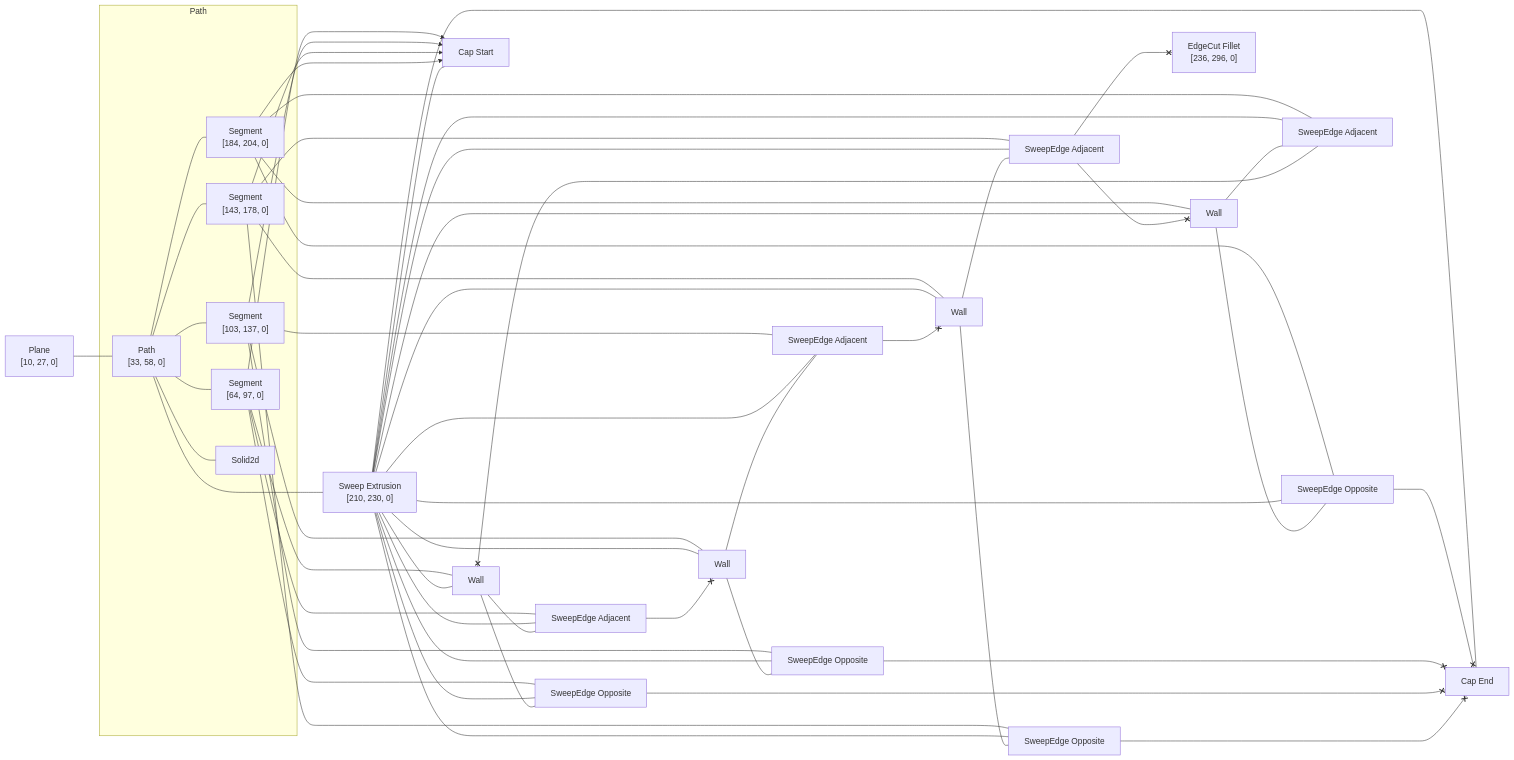
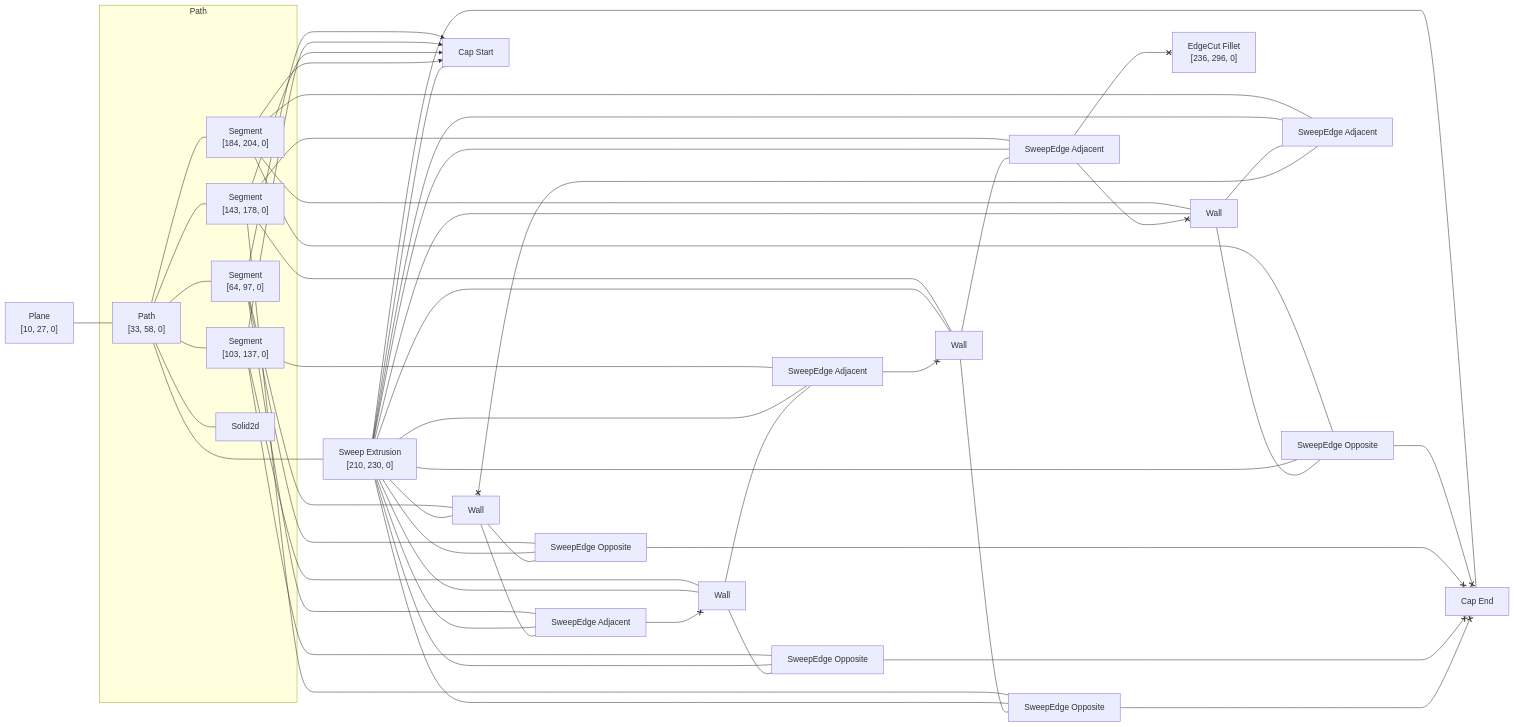
The diagram in rust/kcl-lib/tests/basic_fillet_cube_previous_adjacent/artifact_graph_flowchart.snap.md (rajgandhi1/modeling-app), drawn with Mermaid before and after one commit. The commit also changed 110 other files, not shown here.

````diff
--- a/rust/kcl-lib/tests/basic_fillet_cube_previous_adjacent/artifact_graph_flowchart.snap.md
+++ b/rust/kcl-lib/tests/basic_fillet_cube_previous_adjacent/artifact_graph_flowchart.snap.md
@@ -1,82 +1,82 @@
 ```mermaid
 flowchart LR
   subgraph path2 [Path]
     2["Path<br>[33, 58, 0]"]
     3["Segment<br>[64, 97, 0]"]
     4["Segment<br>[103, 137, 0]"]
     5["Segment<br>[143, 178, 0]"]
     6["Segment<br>[184, 204, 0]"]
     7[Solid2d]
   end
   1["Plane<br>[10, 27, 0]"]
   8["Sweep Extrusion<br>[210, 230, 0]"]
   9[Wall]
   10[Wall]
   11[Wall]
   12[Wall]
   13["Cap Start"]
   14["Cap End"]
   15["SweepEdge Opposite"]
   16["SweepEdge Opposite"]
   17["SweepEdge Opposite"]
   18["SweepEdge Opposite"]
   19["SweepEdge Adjacent"]
   20["SweepEdge Adjacent"]
   21["SweepEdge Adjacent"]
   22["SweepEdge Adjacent"]
   23["EdgeCut Fillet<br>[236, 296, 0]"]
   1 --- 2
   2 --- 3
   2 --- 4
   2 --- 5
   2 --- 6
   2 --- 7
   2 ---- 8
   3 --- 12
   3 x--> 13
-  3 --- 17
-  3 --- 21
+  3 --- 16
+  3 --- 22
   4 --- 10
   4 x--> 13
-  4 --- 16
-  4 --- 22
+  4 --- 17
+  4 --- 19
   5 --- 9
   5 x--> 13
   5 --- 18
-  5 --- 20
+  5 --- 21
   6 --- 11
   6 x--> 13
   6 --- 15
-  6 --- 19
+  6 --- 20
   8 --- 9
   8 --- 10
   8 --- 11
   8 --- 12
   8 --- 13
   8 --- 14
   8 --- 15
   8 --- 16
   8 --- 17
   8 --- 18
   8 --- 19
   8 --- 20
   8 --- 21
   8 --- 22
   9 --- 18
-  9 --- 20
-  22 <--x 9
-  10 --- 16
-  21 <--x 10
-  10 --- 22
+  19 <--x 9
+  9 --- 21
+  10 --- 17
+  10 --- 19
+  22 <--x 10
   11 --- 15
-  11 --- 19
-  20 <--x 11
-  12 --- 17
-  19 <--x 12
-  12 --- 21
+  11 --- 20
+  21 <--x 11
+  12 --- 16
+  20 <--x 12
+  12 --- 22
   15 <--x 14
   16 <--x 14
   17 <--x 14
   18 <--x 14
-  20 <--x 23
+  21 <--x 23
 ```
````
